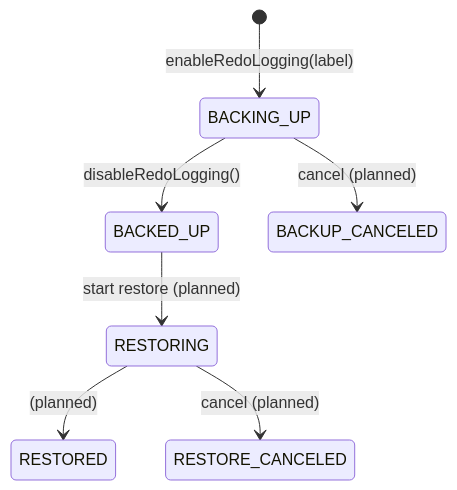
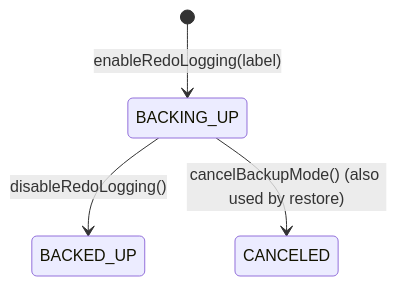
The second of 4 diagrams in cbrl-design.md (scalar-labs/scalardb), drawn with Mermaid before and after one commit. The commit also changed other lines of this file and 12 other files, not shown here.

First line of the commit message:
CBRL: spill restore redo to disk, tighten commit timeout, add cancel lifecycle

````diff
--- a/cbrl-design.md
+++ b/cbrl-design.md
@@ -84,9 +84,6 @@
 ```mermaid
 stateDiagram-v2
     [*] --> BACKING_UP: enableRedoLogging(label)
     BACKING_UP --> BACKED_UP: disableRedoLogging()
-    BACKING_UP --> BACKUP_CANCELED: cancel (planned)
-    BACKED_UP --> RESTORING: start restore (planned)
-    RESTORING --> RESTORED: (planned)
-    RESTORING --> RESTORE_CANCELED: cancel (planned)
+    BACKING_UP --> CANCELED: cancelBackupMode() (also used by restore)
 ```
````
